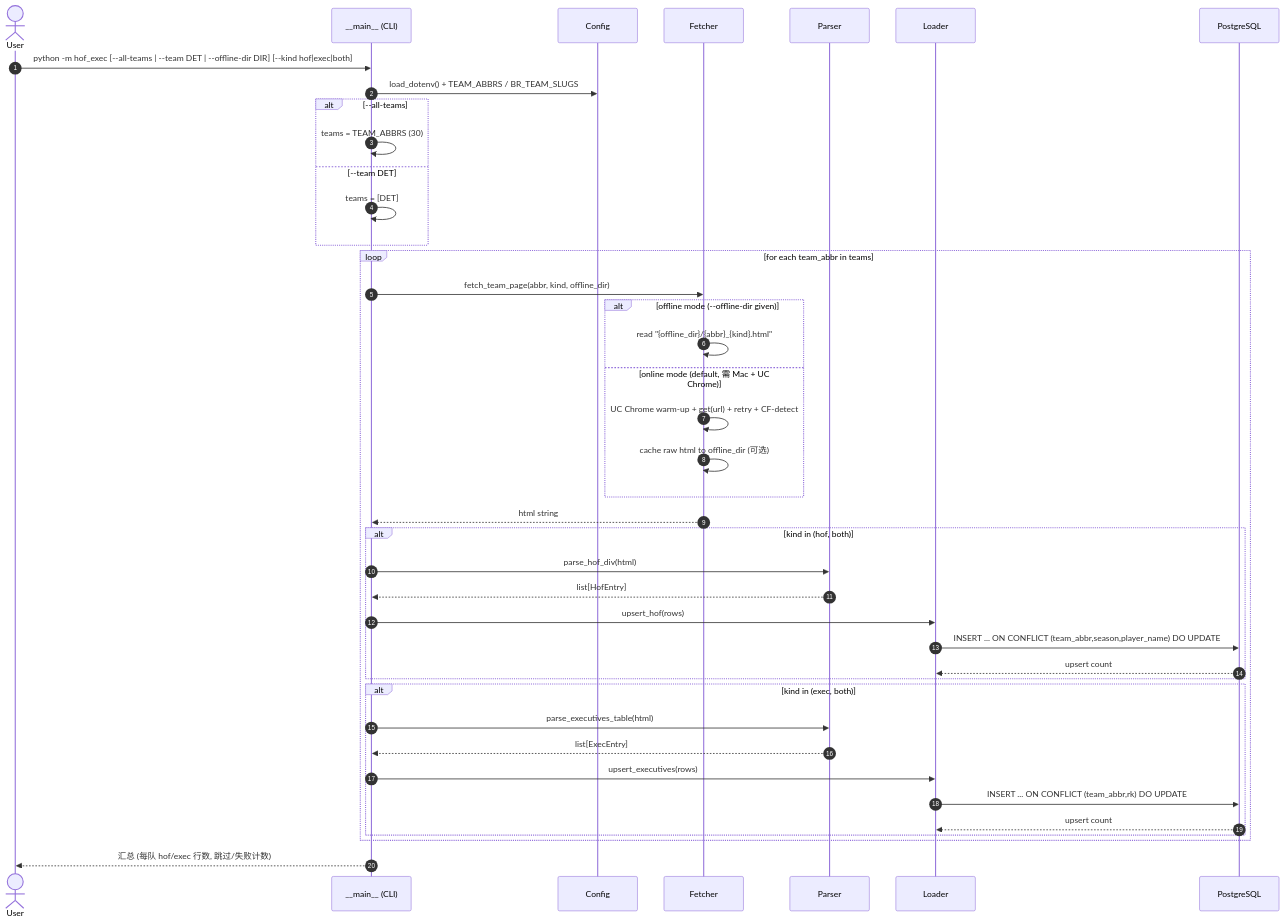
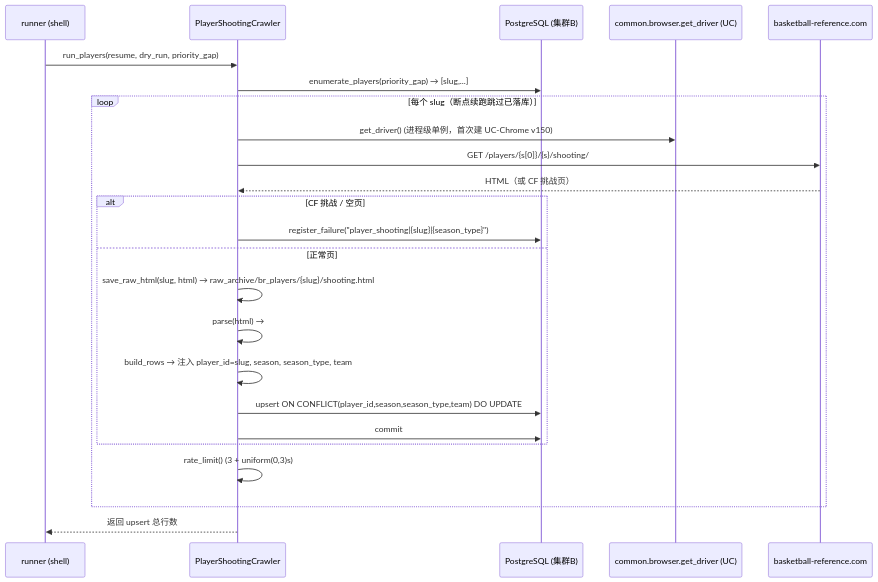
Before and after one commit to deocheng/nba_desktop_omega: the second of 4 diagrams in docs/system_design.md, drawn with Mermaid. The commit also changed other lines of this file and 111 other files, not shown here.

````diff
--- a/docs/system_design.md
+++ b/docs/system_design.md
@@ -165,44 +143,27 @@
 ```mermaid
 sequenceDiagram
-    autonumber
-    actor User
-    participant CLI as __main__ (CLI)
-    participant Cfg as Config
-    participant F as Fetcher
-    participant P as Parser
-    participant L as Loader
-    participant DB as PostgreSQL
+    participant R as runner (shell)
+    participant C as PlayerShootingCrawler
+    participant DB as PostgreSQL (集群B)
+    participant D as common.browser.get_driver (UC)
+    participant BR as basketball-reference.com
 
-    User->>CLI: python -m hof_exec [--all-teams | --team DET | --offline-dir DIR] [--kind hof|exec|both]
-    CLI->>Cfg: load_dotenv() + TEAM_ABBRS / BR_TEAM_SLUGS
-    alt --all-teams
-        CLI->>CLI: teams = TEAM_ABBRS (30)
-    else --team DET
-        CLI->>CLI: teams = [DET]
+    R->>C: run_players(resume, dry_run, priority_gap)
+    C->>DB: enumerate_players(priority_gap) → [slug,...]
+    loop 每个 slug（断点续跑跳过已落库）
+        C->>D: get_driver()  (进程级单例，首次建 UC-Chrome v150)
+        C->>BR: GET /players/{s[0]}/{s}/shooting/
+        BR-->>C: HTML（或 CF 挑战页）
+        alt CF 挑战 / 空页
+            C->>DB: register_failure("player_shooting|{slug}|{season_type}")
+        else 正常页
+            C->>C: save_raw_html(slug, html) → raw_archive/br_players/{slug}/shooting.html
+            C->>C: parse(html) → #shooting(Regular)+#shooting_playoffs(Playoffs)
+            C->>C: build_rows → 注入 player_id=slug, season, season_type, team
+            C->>DB: upsert ON CONFLICT(player_id,season,season_type,team) DO UPDATE
+            C->>DB: commit
+        end
+        C->>C: rate_limit()  (3 + uniform(0,3)s)
     end
-    loop for each team_abbr in teams
-        CLI->>F: fetch_team_page(abbr, kind, offline_dir)
-        alt offline mode (--offline-dir given)
-            F->>F: read "{offline_dir}/{abbr}_{kind}.html"
-        else online mode (default, 需 Mac + UC Chrome)
-            F->>F: UC Chrome warm-up + get(url) + retry + CF-detect
-            F->>F: cache raw html to offline_dir (可选)
-        end
-        F-->>CLI: html string
-        alt kind in (hof, both)
-            CLI->>P: parse_hof_div(html)
-            P-->>CLI: list[HofEntry]
-            CLI->>L: upsert_hof(rows)
-            L->>DB: INSERT ... ON CONFLICT (team_abbr,season,player_name) DO UPDATE
-            DB-->>L: upsert count
-        end
-        alt kind in (exec, both)
-            CLI->>P: parse_executives_table(html)
-            P-->>CLI: list[ExecEntry]
-            CLI->>L: upsert_executives(rows)
-            L->>DB: INSERT ... ON CONFLICT (team_abbr,rk) DO UPDATE
-            DB-->>L: upsert count
-        end
-    end
-    CLI-->>User: 汇总 (每队 hof/exec 行数, 跳过/失败计数)
+    C-->>R: 返回 upsert 总行数
 ```
````
